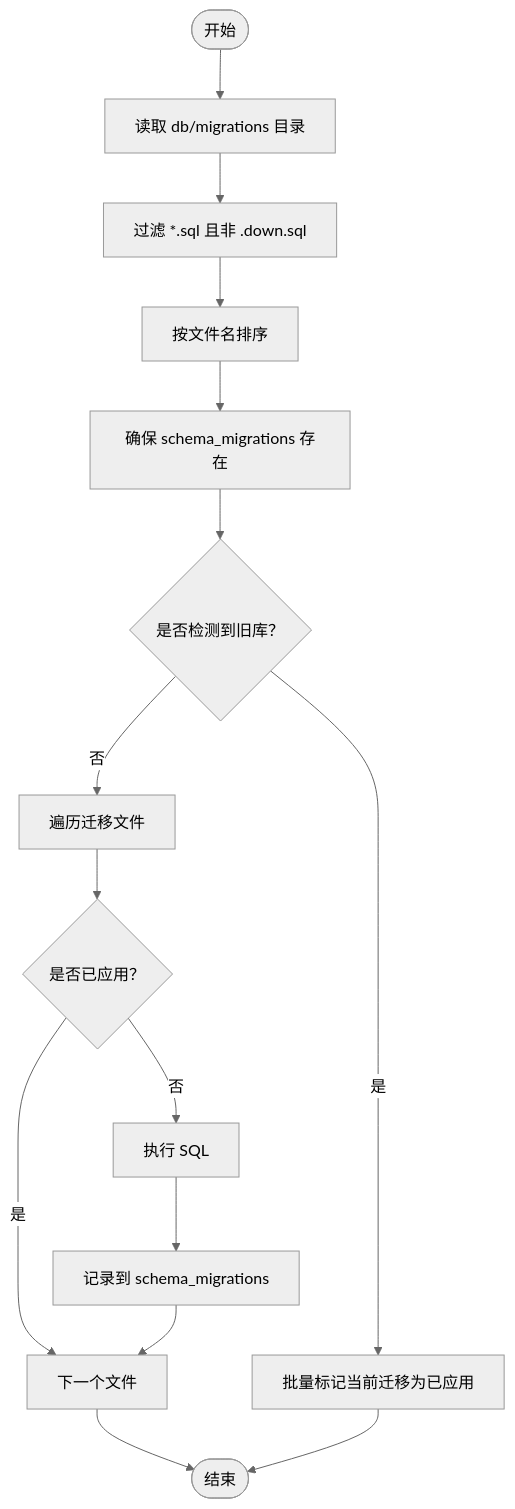
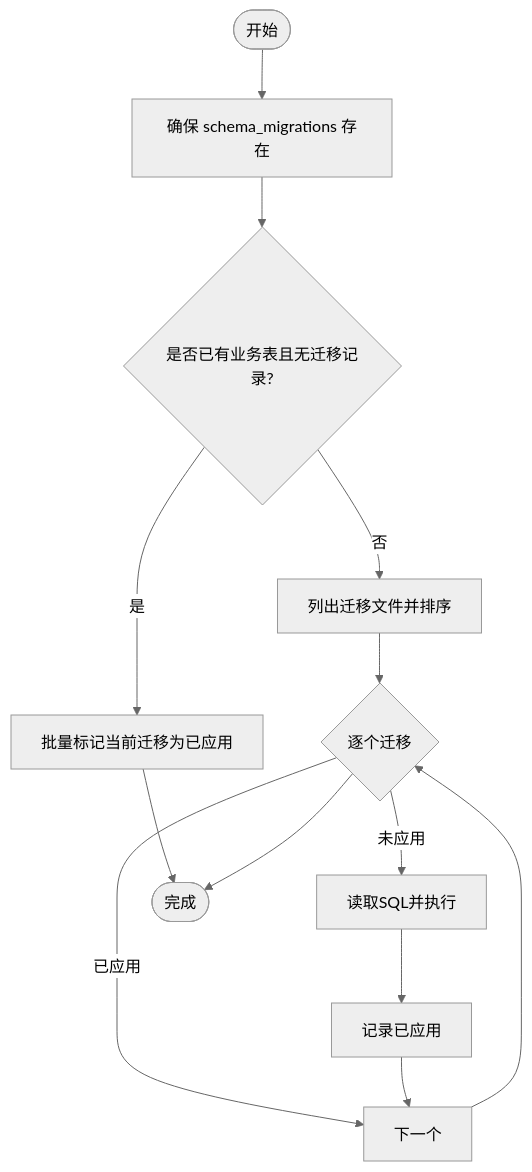
One commit to alvinwangzi/goodhr changed the third of 5 diagrams in .qoder/repowiki/zh/content/云端后端服务/数据存储层/数据迁移管理.md. Above: the diagram before and after it, drawn with Mermaid (neutral theme). The commit also changed other lines of this file and 149 other files, not shown here.

````diff
--- a/.qoder/repowiki/zh/content/云端后端服务/数据存储层/数据迁移管理.md
+++ b/.qoder/repowiki/zh/content/云端后端服务/数据存储层/数据迁移管理.md
@@ -115,17 +126,15 @@
 ```mermaid
 flowchart TD
-Start(["开始"]) --> ReadDir["读取 db/migrations 目录"]
-ReadDir --> Filter["过滤 *.sql 且非 .down.sql"]
-Filter --> Sort["按文件名排序"]
-Sort --> EnsureTable["确保 schema_migrations 存在"]
-EnsureTable --> CheckOld{"是否检测到旧库？"}
-CheckOld --> |是| MarkAll["批量标记当前迁移为已应用"]
-CheckOld --> |否| LoopFiles["遍历迁移文件"]
-LoopFiles --> CheckApplied{"是否已应用？"}
-CheckApplied --> |是| NextFile["下一个文件"]
-CheckApplied --> |否| ExecSQL["执行 SQL"]
-ExecSQL --> Record["记录到 schema_migrations"]
-Record --> NextFile
-NextFile --> Done(["结束"])
-MarkAll --> Done
+Start(["开始"]) --> EnsureTable["确保 schema_migrations 存在"]
+EnsureTable --> CheckOldDB{"是否已有业务表且无迁移记录?"}
+CheckOldDB --> |是| MarkAll["批量标记当前迁移为已应用"]
+CheckOldDB --> |否| ListFiles["列出迁移文件并排序"]
+ListFiles --> Loop{"逐个迁移"}
+Loop --> |已应用| Next["下一个"]
+Loop --> |未应用| ReadExec["读取SQL并执行"]
+ReadExec --> Record["记录已应用"]
+Record --> Next
+Next --> Loop
+MarkAll --> Done(["完成"])
+Loop --> Done
 ```
````
